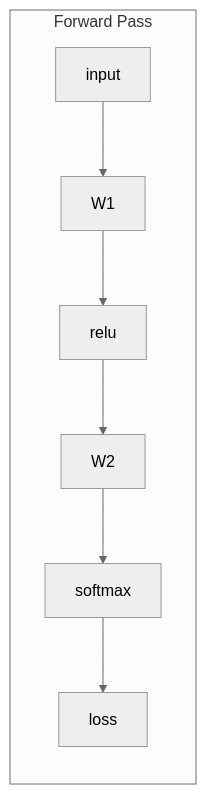
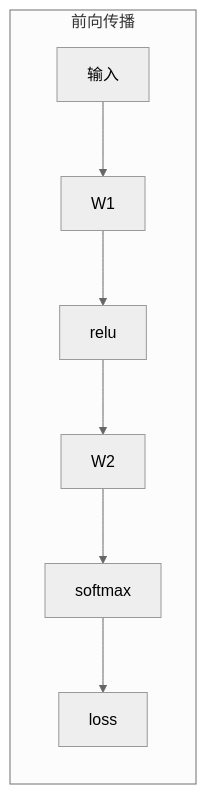
The third of 4 diagrams in phases/01-math-foundations/04-calculus-for-ml/docs/zh.md (JerryC8080/ai-engineering-from-scratch-zh), drawn with Mermaid (neutral theme) before and after one commit. The commit also changed other lines of this file and 156 other files, not shown here.

First line of the commit message:
i18n(zh): translate mermaid diagram labels in 157 lesson zh.md

````diff
--- a/phases/01-math-foundations/04-calculus-for-ml/docs/zh.md
+++ b/phases/01-math-foundations/04-calculus-for-ml/docs/zh.md
@@ -373,6 +373,6 @@
 ```mermaid
 graph LR
-    subgraph Forward["Forward Pass"]
-        I["input"] --> W1["W1"] --> R["relu"] --> W2["W2"] --> S["softmax"] --> L["loss"]
+    subgraph Forward["前向传播"]
+        I["输入"] --> W1["W1"] --> R["relu"] --> W2["W2"] --> S["softmax"] --> L["loss"]
     end
 ```
````
